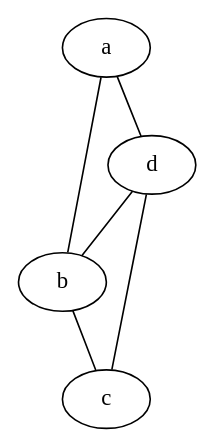
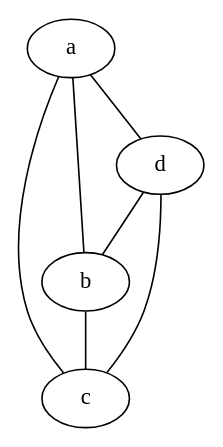
The diagram in graph2.dot (arthur-mant/grafos), drawn with Graphviz before and after one commit. The commit also changed 2 other files, not shown here.

```diff
--- a/graph2.dot
+++ b/graph2.dot
@@ -1,5 +1,6 @@
 graph {
     a -- b -- c
     d -- b
     a -- d -- c
+    a -- c
 }
```
